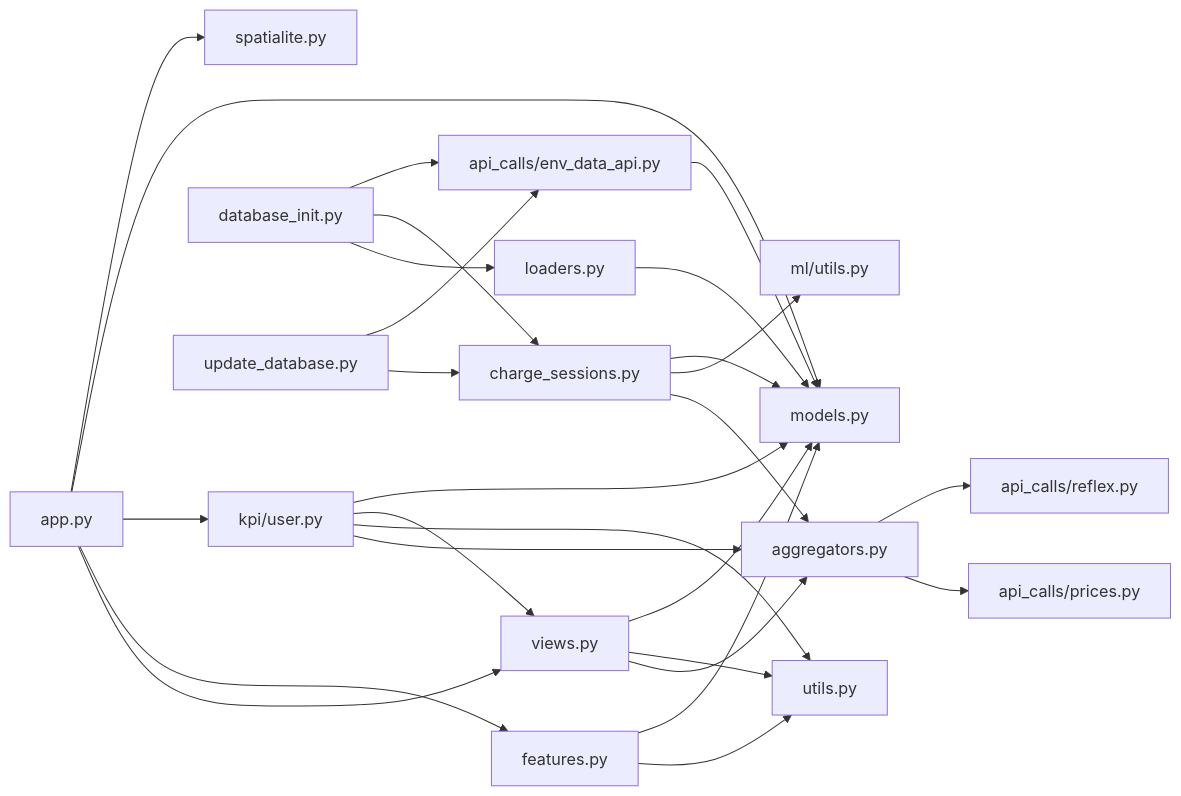
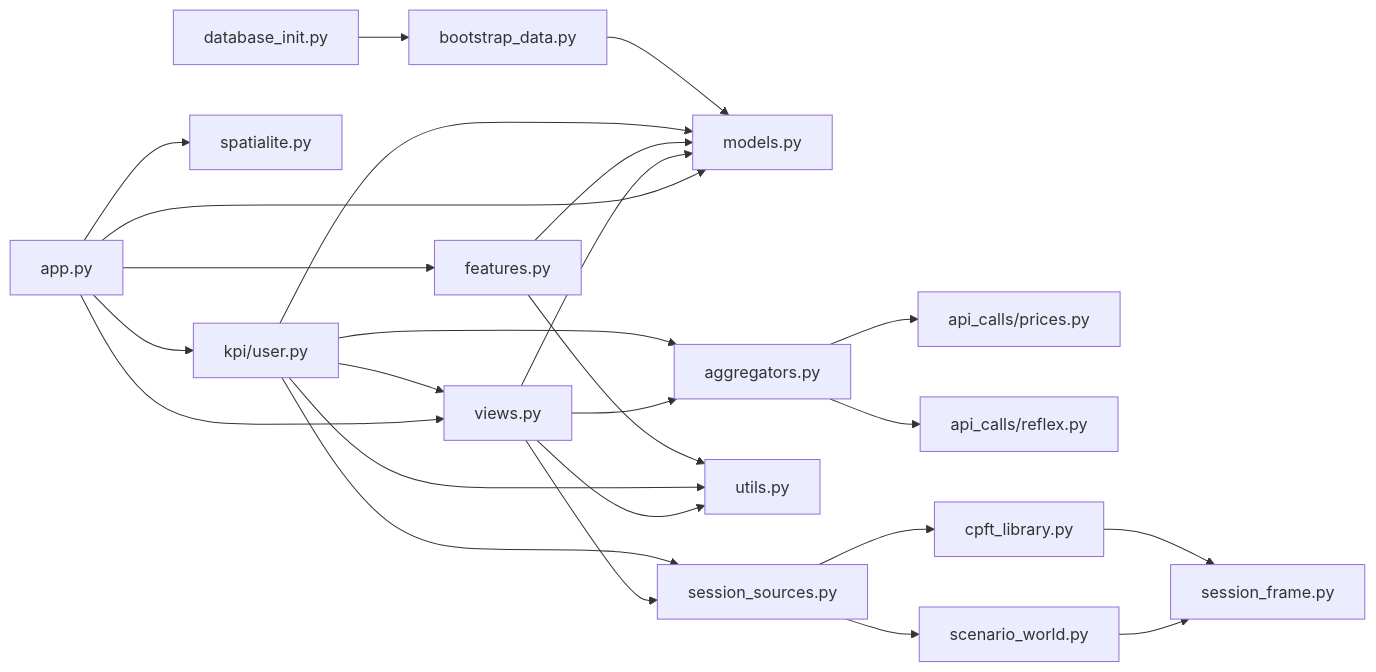
Before and after one commit to StavrosOrf/EPIOT: the second of 3 diagrams in docs/architecture/backend.md, drawn with Mermaid. The commit also changed other lines of this file and 106 other files, not shown here.

````diff
--- a/docs/architecture/backend.md
+++ b/docs/architecture/backend.md
@@ -47,24 +48,23 @@
 ```{mermaid}
 flowchart LR
     app[app.py] --> views[views.py]
     app --> features[features.py]
     app --> kpi[kpi/user.py]
     app --> models[models.py]
     app --> spl[spatialite.py]
     views --> agg[aggregators.py]
     views --> utils[utils.py]
     kpi --> agg
     kpi --> utils
     kpi --> views
     features --> utils
     agg --> prices[api_calls/prices.py]
     agg --> reflex[api_calls/reflex.py]
-    init[database_init.py] --> loaders[loaders.py]
-    init --> cs[charge_sessions.py]
-    init --> env[api_calls/env_data_api.py]
-    upd[update_database.py] --> cs
-    upd --> env
-    cs --> agg
-    cs --> mlu[ml/utils.py]
-    views & features & kpi & loaders & cs & env --> models
+    init[database_init.py] --> boot[bootstrap_data.py]
+    views --> src[session_sources.py]
+    kpi --> src
+    src --> world[scenario_world.py]
+    src --> lib[cpft_library.py]
+    world & lib --> frame[session_frame.py]
+    views & features & kpi & boot --> models
 ```
````
